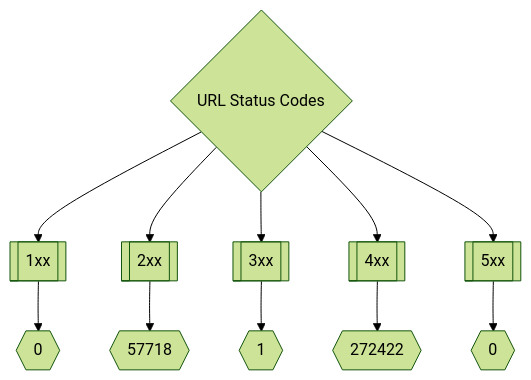
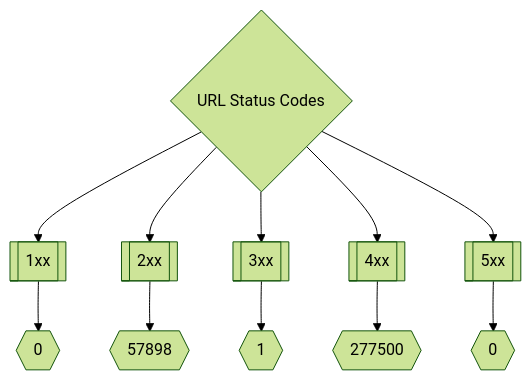
Before and after one commit to trickest/inventory: the second of 3 diagrams in README.md, drawn with Mermaid (forest theme). The commit also changed other lines of this file, not shown here.

Commit message:
Update Tue Apr  5 22:13:07 UTC 2022

````diff
--- a/README.md
+++ b/README.md
@@ -173,8 +173,8 @@
 ```mermaid
 graph TD
 title{URL Status Codes} --> 1xx[[1xx]] --> status1xxNum{{0}}
-title --> 2xx[[2xx]] --> status2xxNum{{57718}}
+title --> 2xx[[2xx]] --> status2xxNum{{57898}}
 title --> 3xx[[3xx]] --> status3xxNum{{1}}
-title --> 4xx[[4xx]] --> status4xxNum{{272422}}
+title --> 4xx[[4xx]] --> status4xxNum{{277500}}
 title --> 5xx[[5xx]] --> status5xxNum{{0}}
 ```
````
